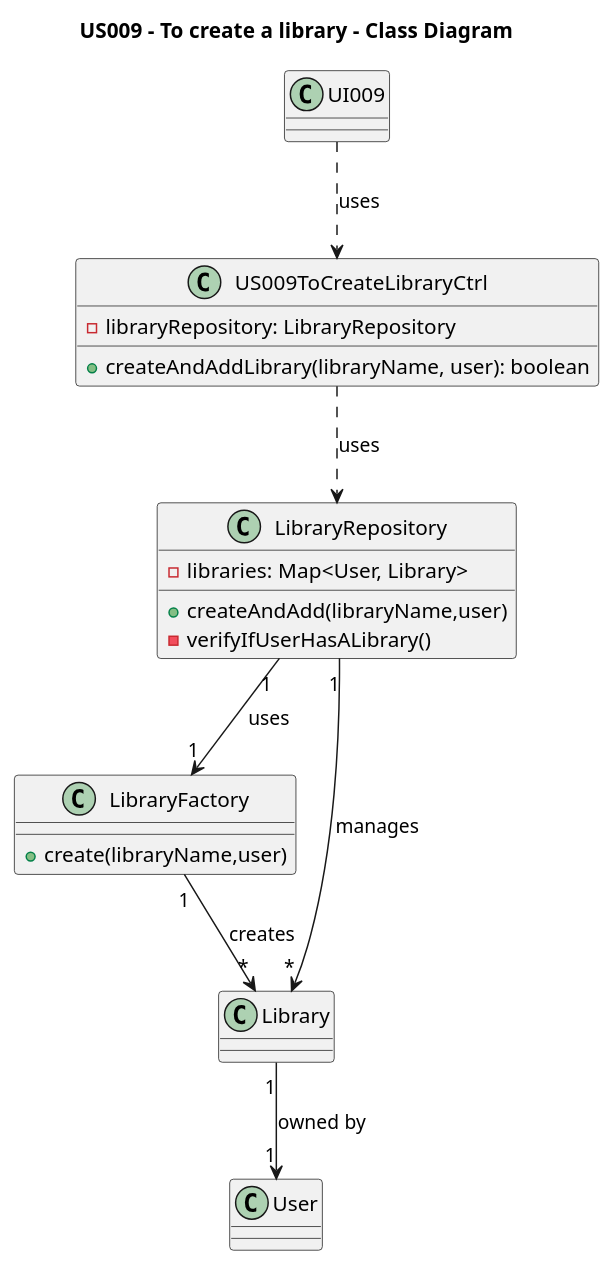
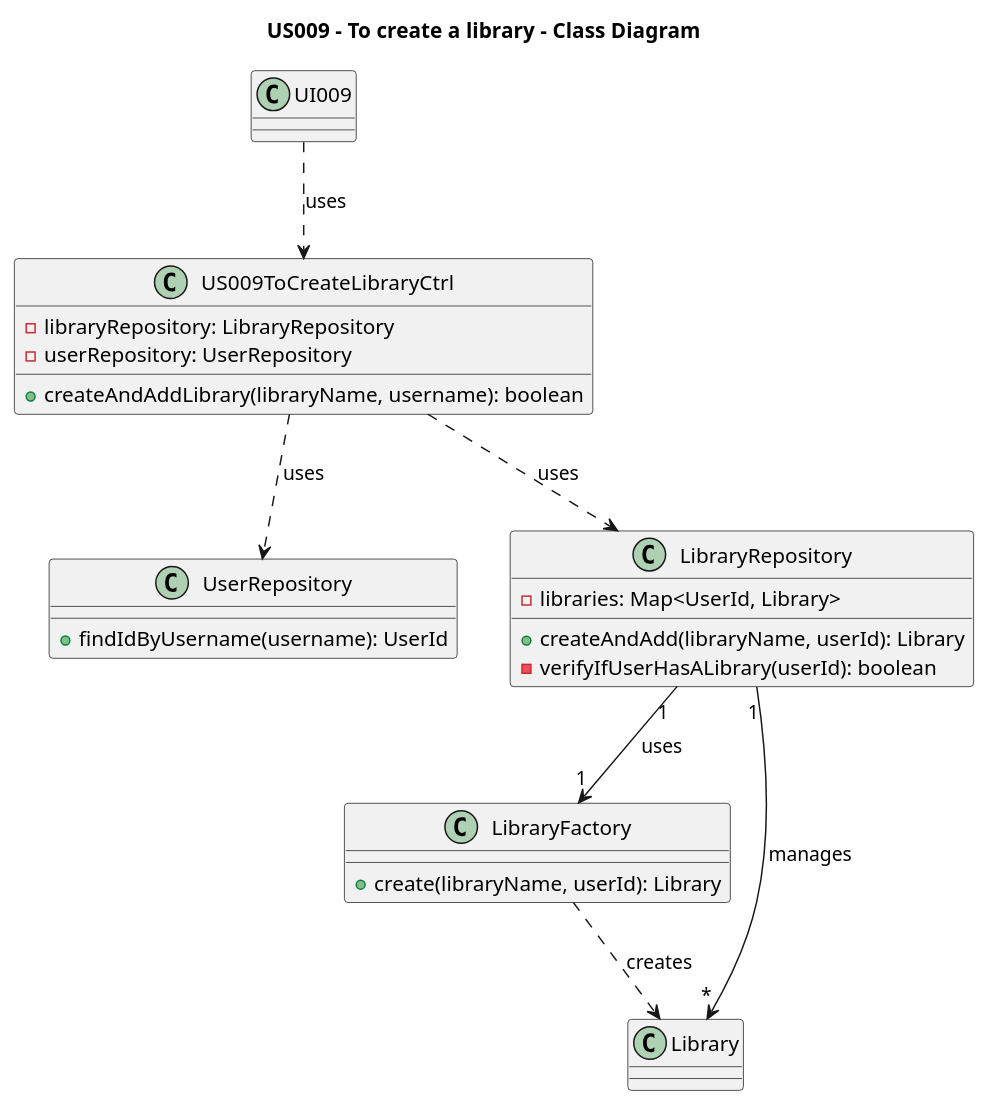
One commit to AndrePereiraGitH/SWitCH-Project-Team_A changed the diagram in Diagrams/ClassDiagrams/US009-to-create-a-library.puml. Above: the diagram before and after it, drawn with PlantUML. The commit also changed 1 other file, not shown here.

Commit message:
docs(US009) #476: update Class and Sequence diagrams to align with DDD restructure

```diff
--- a/Diagrams/ClassDiagrams/US009-to-create-a-library.puml
+++ b/Diagrams/ClassDiagrams/US009-to-create-a-library.puml
@@ -1,45 +1,43 @@
 @startuml
 title US009 - To create a library - Class Diagram
 
 
 class UI009 {
 }
 
 
 class US009ToCreateLibraryCtrl {
     - libraryRepository: LibraryRepository
-    + createAndAddLibrary(libraryName, user): boolean
+    - userRepository: UserRepository
+    + createAndAddLibrary(libraryName, username): boolean
 }
 
-
+class UserRepository {
+    + findIdByUsername(username): UserId
+}
 
 class LibraryRepository {
-    - libraries: Map<User, Library>
-    + createAndAdd(libraryName,user)
-    - verifyIfUserHasALibrary()
+    - libraries: Map<UserId, Library>
+    + createAndAdd(libraryName, userId): Library
+    - verifyIfUserHasALibrary(userId): boolean
 }
 
 
 class LibraryFactory {
-    + create(libraryName,user)
+    + create(libraryName, userId): Library
 }
 
 
-
 class Library {
-
-}
-
-class User {
 }
 
 
 ' Relationships
 UI009 ..> US009ToCreateLibraryCtrl: uses
+US009ToCreateLibraryCtrl ..> UserRepository: uses
 US009ToCreateLibraryCtrl ..> LibraryRepository: uses
 LibraryRepository "1" --> "1" LibraryFactory: uses
 LibraryRepository "1" --> "*" Library: manages
-Library "1" --> "1" User: owned by
-LibraryFactory "1" --> "*" Library: creates
+LibraryFactory ..> Library: creates
 
 @enduml
```
